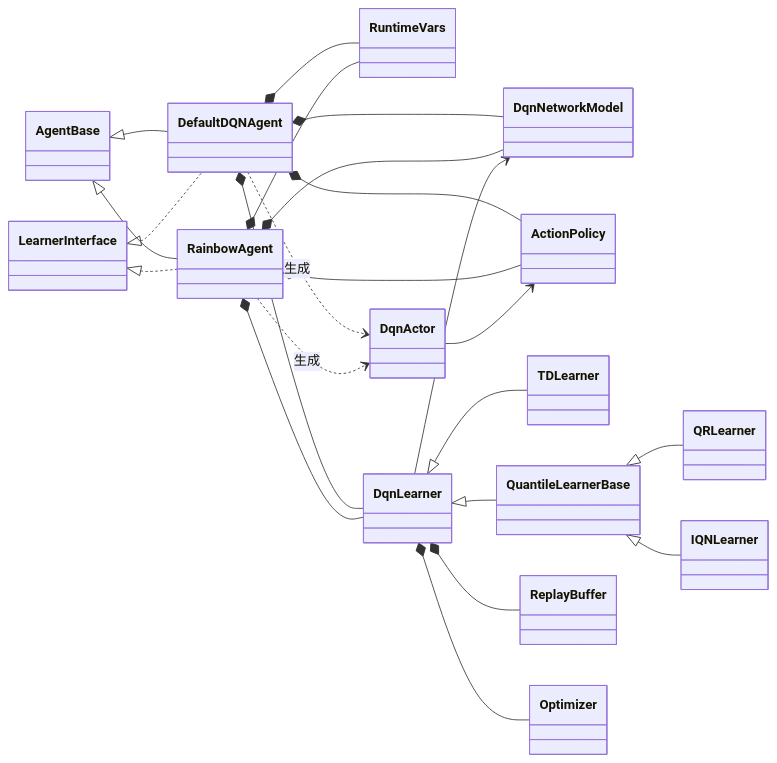
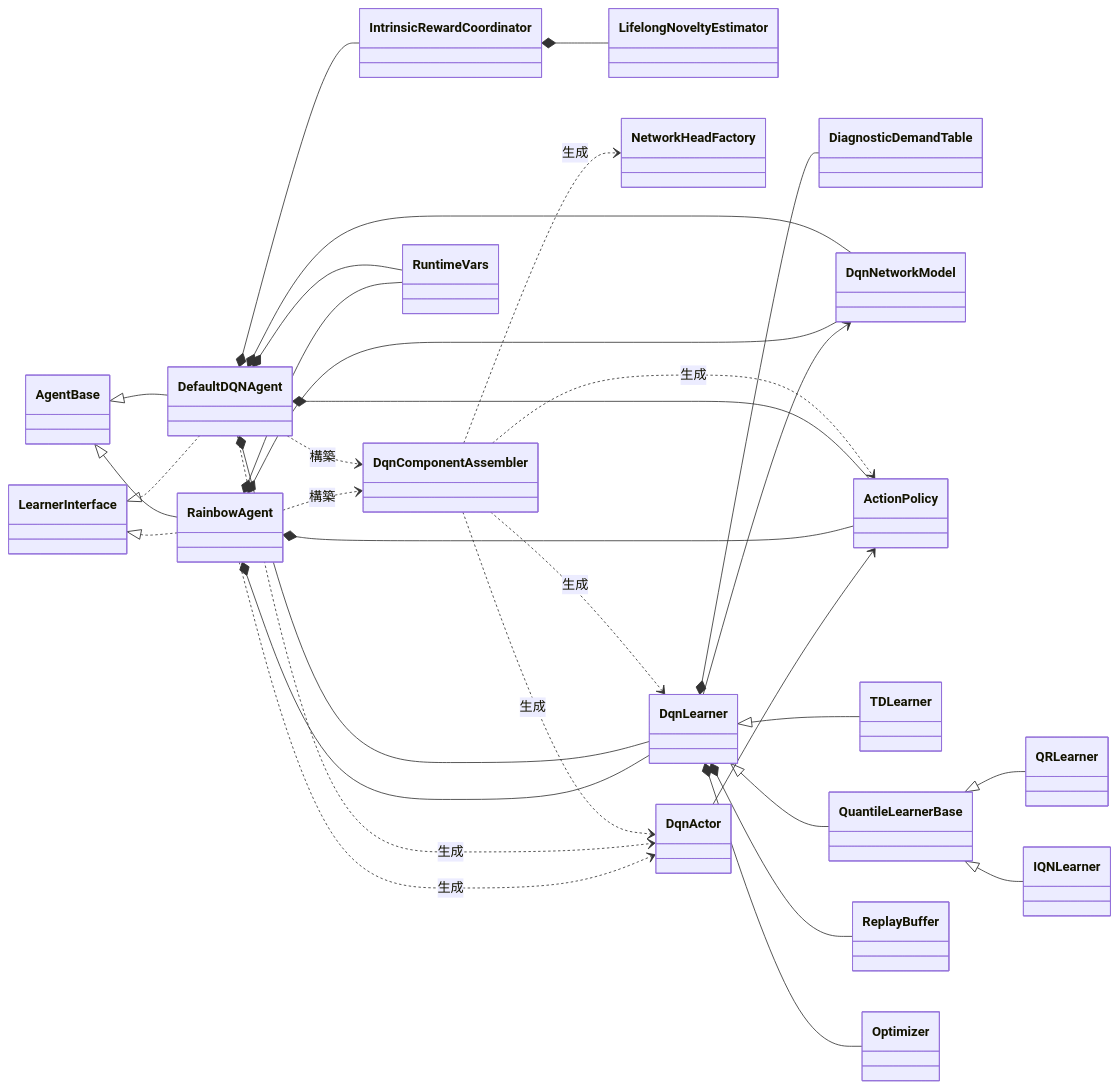
The eighth of 11 diagrams in docs/design/200_dqn_agents.en.md (kazukin123/anet-lab), drawn with Mermaid before and after one commit. The commit also changed other lines of this file and 38 other files, not shown here.

````diff
--- a/docs/design/200_dqn_agents.en.md
+++ b/docs/design/200_dqn_agents.en.md
@@ -309,43 +312,57 @@
 ```mermaid
 classDiagram
 direction LR
 
 class AgentBase
 class LearnerInterface
 class DefaultDQNAgent
 class RainbowAgent
+class IntrinsicRewardCoordinator
+class LifelongNoveltyEstimator
+class DqnComponentAssembler
+class NetworkHeadFactory
+class DiagnosticDemandTable
 class RuntimeVars
 class DqnNetworkModel
 class ActionPolicy
 class DqnActor
 class DqnLearner
 class TDLearner
 class QuantileLearnerBase
 class QRLearner
 class IQNLearner
 class ReplayBuffer
 class Optimizer
 
 AgentBase <|-- DefaultDQNAgent
 AgentBase <|-- RainbowAgent
 LearnerInterface <|.. DefaultDQNAgent
 LearnerInterface <|.. RainbowAgent
+DefaultDQNAgent ..> DqnComponentAssembler : 構築
+RainbowAgent ..> DqnComponentAssembler : 構築
+DqnComponentAssembler ..> NetworkHeadFactory : 生成
+DqnComponentAssembler ..> ActionPolicy : 生成
+DqnComponentAssembler ..> DqnActor : 生成
+DqnComponentAssembler ..> DqnLearner : 生成
+DqnLearner *-- DiagnosticDemandTable
+DefaultDQNAgent *-- IntrinsicRewardCoordinator
+IntrinsicRewardCoordinator *-- LifelongNoveltyEstimator
 DefaultDQNAgent *-- RuntimeVars
 RainbowAgent *-- RuntimeVars
 DefaultDQNAgent *-- DqnNetworkModel
 RainbowAgent *-- DqnNetworkModel
 DefaultDQNAgent *-- ActionPolicy
 RainbowAgent *-- ActionPolicy
 DefaultDQNAgent *-- DqnLearner
 RainbowAgent *-- DqnLearner
 DefaultDQNAgent ..> DqnActor : 生成
 RainbowAgent ..> DqnActor : 生成
 DqnLearner <|-- TDLearner
 DqnLearner <|-- QuantileLearnerBase
 QuantileLearnerBase <|-- QRLearner
 QuantileLearnerBase <|-- IQNLearner
 DqnLearner *-- ReplayBuffer
 DqnLearner *-- Optimizer
 DqnLearner --> DqnNetworkModel
 DqnActor --> ActionPolicy
 ```
````
